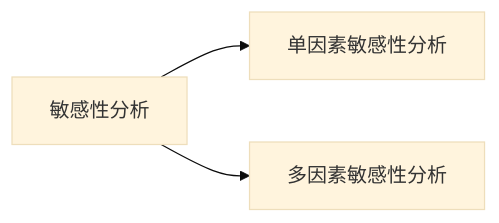
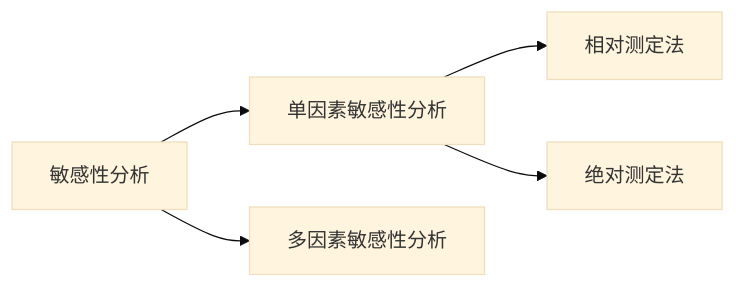
The diagram in src/site/notes/敏感性分析.md (UNLINEARITY/Learn-Everything), drawn with Mermaid (base theme) before and after one commit. The commit also changed other lines of this file, not shown here.

Commit message:
Update content src/site/notes/敏感性分析.md

````diff
--- a/src/site/notes/敏感性分析.md
+++ b/src/site/notes/敏感性分析.md
@@ -7,4 +8,5 @@
 ```mermaid  
  graph LR; 
- 	敏感性分析 --> 单因素敏感性分析 & 多因素敏感性分析 
+ 	敏感性分析 --> 单因素敏感性分析 & 多因素敏感性分析
+ 	 单因素敏感性分析 --> 相对测定法 & 绝对测定法
 ```
````
